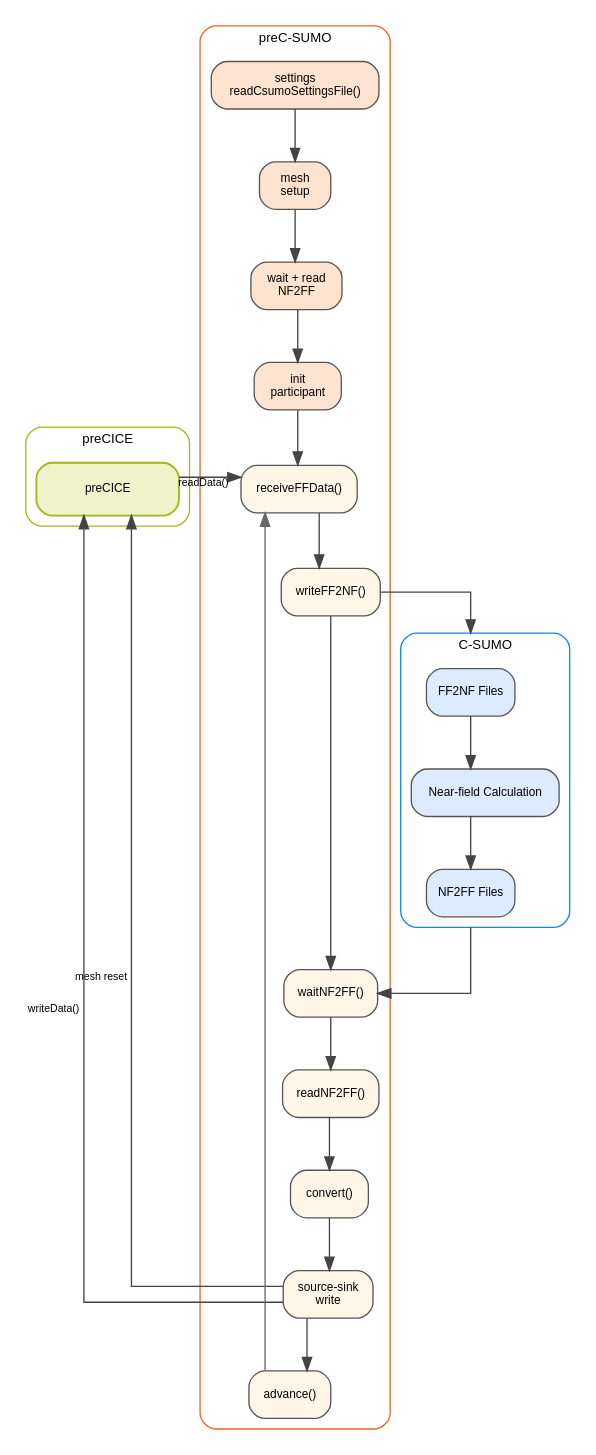
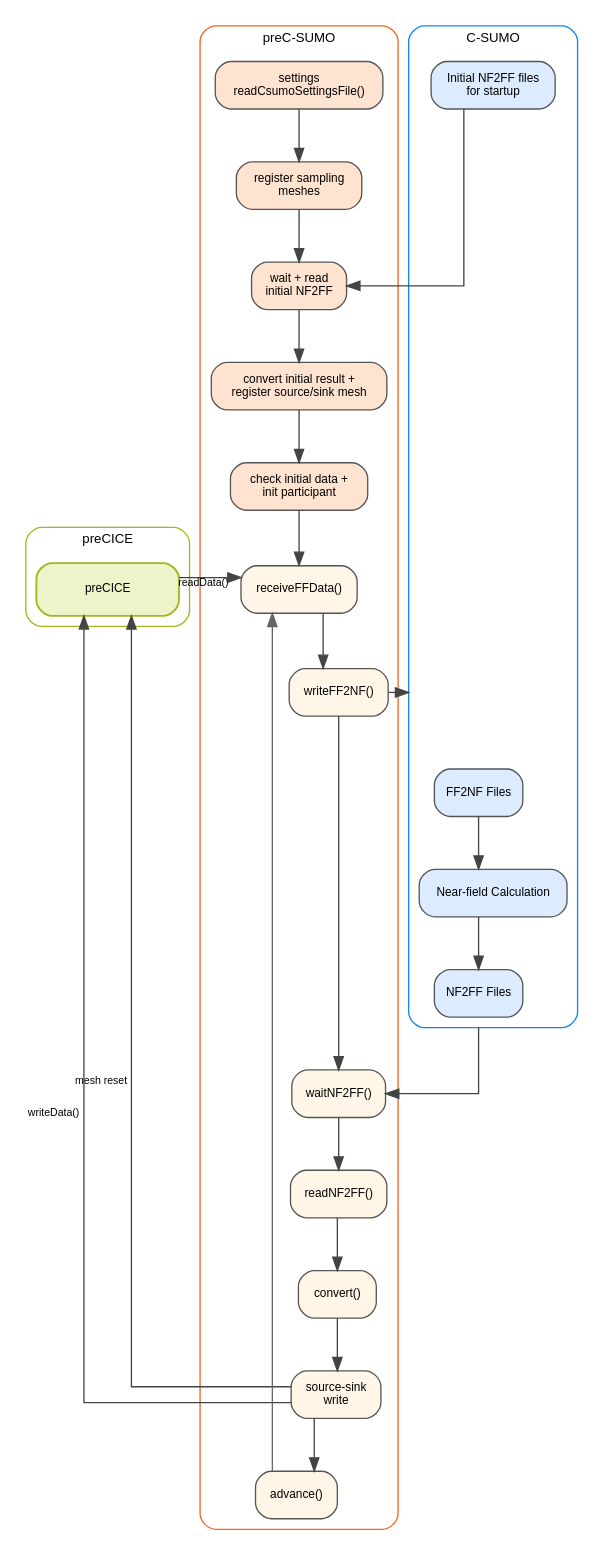
One commit to Deltares/Delft3D changed the diagram in src/tools_gpl/pre_c_sumo/docs/include/preC_SUMO_Swimlanes.dot. Above: the diagram before and after it, drawn with Graphviz. The commit also changed 9 other files, not shown here.

```diff
--- a/src/tools_gpl/pre_c_sumo/docs/include/preC_SUMO_Swimlanes.dot
+++ b/src/tools_gpl/pre_c_sumo/docs/include/preC_SUMO_Swimlanes.dot
@@ -1,81 +1,84 @@
 digraph preCSUMOSwimlanes {
   rankdir=TB;
   newrank=true;
   compound=true;
   splines=ortho;
   nodesep=0.32;
   ranksep=0.55;
   fontname="Helvetica";
   fontsize=10;
 
   node [shape=box, style="rounded,filled", fontname="Helvetica", fontsize=9, color="#555555", fillcolor="#FFFFFF"];
   edge [fontname="Helvetica", fontsize=8, color="#444444"];
 
   subgraph cluster_precice {
     label="preCICE";
     color="#A5B51B";
     style="rounded";
 
     precice [
       label="preCICE",
       shape=box,
       style="rounded,filled",
       color="#A5B51B",
       fillcolor="#EEF3C9",
       penwidth=1.4,
       width=1.5,
       height=0.55,
       group="precice",
       URL="https://precice.org/docs.html",
       tooltip="preCICE coupling library"
     ];
   }
 
   subgraph cluster_precsumo {
     label="preC-SUMO";
     color="#F26422";
     style="rounded";
 
     node [group="precsumo"];
 
     s0 [label="settings\nreadCsumoSettingsFile()", fillcolor="#FFE3D1", URL="\\ref pre_c_sumo::readCsumoSettingsFile", tooltip="Open readCsumoSettingsFile docs"];
-    s1 [label="mesh\nsetup", fillcolor="#FFE3D1", URL="\\ref anonymous_namespace{pre_c_sumo_lib.cpp}::getMesh2D3D()", tooltip="Set up meshes for preCICE exchange"];
-    s2 [label="wait + read\nNF2FF", fillcolor="#FFE3D1", URL="\\ref pre_c_sumo::waitForNF2FFFiles", tooltip="Open initial NF2FF bootstrap docs"];
-    s3 [label="init\nparticipant", fillcolor="#FFE3D1", URL="\\ref pre_c_sumo::run()", tooltip="Open participant initialization docs"];
+    s1 [label="register sampling\nmeshes", fillcolor="#FFE3D1", tooltip="Register preC-SUMO sampling meshes"];
+    s2 [label="wait + read\ninitial NF2FF", fillcolor="#FFE3D1", URL="\\ref pre_c_sumo::waitForNF2FFFiles", tooltip="Read initial NF2FF data before participant initialization"];
+    s3 [label="convert initial result +\nregister source/sink mesh", fillcolor="#FFE3D1", URL="\\ref pre_c_sumo::convertCSumoToPrecice", tooltip="Set up source/sink mesh from initial NF2FF data"];
+    s4 [label="check initial data +\ninit participant", fillcolor="#FFE3D1", URL="\\ref pre_c_sumo::run()", tooltip="Reject required outgoing initial data, then initialize"];
 
     l0 [label="receiveFFData()", fillcolor="#FFF6E8", URL="\\ref pre_c_sumo::receiveFFData", tooltip="Open receiveFFData docs"];
     l1 [label="writeFF2NF()", fillcolor="#FFF6E8", URL="\\ref pre_c_sumo::writeFF2NFFiles", tooltip="Open writeFF2NFFiles docs"];
     l2 [label="waitNF2FF()", fillcolor="#FFF6E8", URL="\\ref pre_c_sumo::waitForNF2FFFiles", tooltip="Open waitForNF2FFFiles docs"];
     l3 [label="readNF2FF()", fillcolor="#FFF6E8", URL="\\ref pre_c_sumo::readNF2FFFiles", tooltip="Open readNF2FFFiles docs"];
     l4 [label="convert()", fillcolor="#FFF6E8", URL="\\ref pre_c_sumo::convertCSumoToPrecice", tooltip="Open convertCSumoToPrecice docs"];
     l5 [label="source-sink\nwrite", fillcolor="#FFF6E8", URL="\\ref pre_c_sumo_connected_sink_sources_write_to_precice", tooltip="Open writeConnectedSinkSources docs"];
     l6 [label="advance()", fillcolor="#FFF6E8", URL="\\ref pre_c_sumo::run()", tooltip="Open run() loop docs"];
     lane_left [label="", shape=point, width=0.01, height=0.01, style=invis];
 
-    s0 -> s1 -> s2 -> s3 -> l0 -> l1 -> l2 -> l3 -> l4 -> l5 -> l6;
+    s0 -> s1 -> s2 -> s3 -> s4 -> l0 -> l1 -> l2 -> l3 -> l4 -> l5 -> l6;
     lane_left -> l0 [style=invis, weight=120];
     l6 -> l0 [color="#666666"];
   }
 
   { rank=same; precice; lane_left; l0; }
 
   precice -> lane_left [style=invis, weight=240, minlen=1];
 
   subgraph cluster_csumo {
     label="C-SUMO";
     color="#1285F0";
     style="rounded";
 
+    c_initial [label="Initial NF2FF files\nfor startup", fillcolor="#DDEBFF", tooltip="Read before preCICE initialization"];
     c0 [label="FF2NF Files", fillcolor="#DDEBFF", tooltip="Produced by writeFF2NFFiles"];
     c1 [label="Near-field Calculation", fillcolor="#DDEBFF",  tooltip="External step consuming FF2NF and generating NF2FF files"];
     c2 [label="NF2FF Files", fillcolor="#DDEBFF", tooltip="Consumed by readNF2FFFiles"];
     c0 -> c1 -> c2;
   }
 
+  c_initial -> s2 [constraint=false];
   precice:e -> l0:w [constraint=false, xlabel="readData()"];
   l5:w -> precice:se [constraint=false, xlabel="mesh reset"];
   l5:w -> precice:se [constraint=false, xlabel="writeData()"];
 
   l1 -> c0 [lhead=cluster_csumo];
   c2 -> l2 [ltail=cluster_csumo];
 }
```
